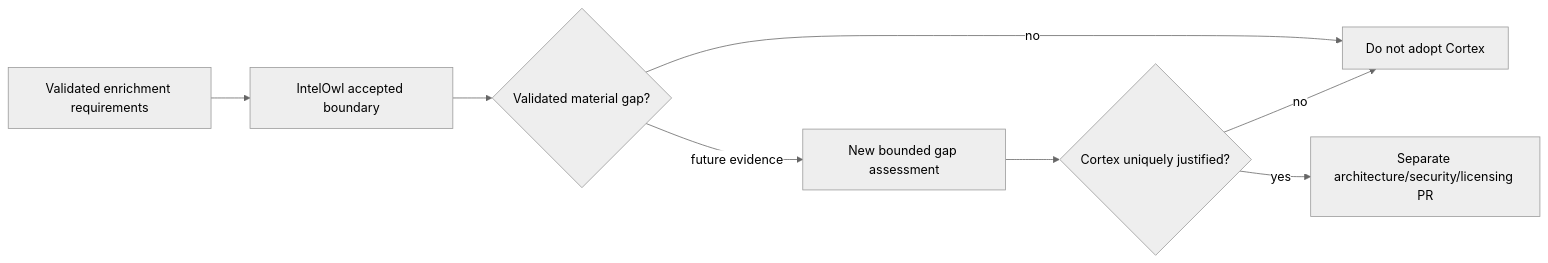
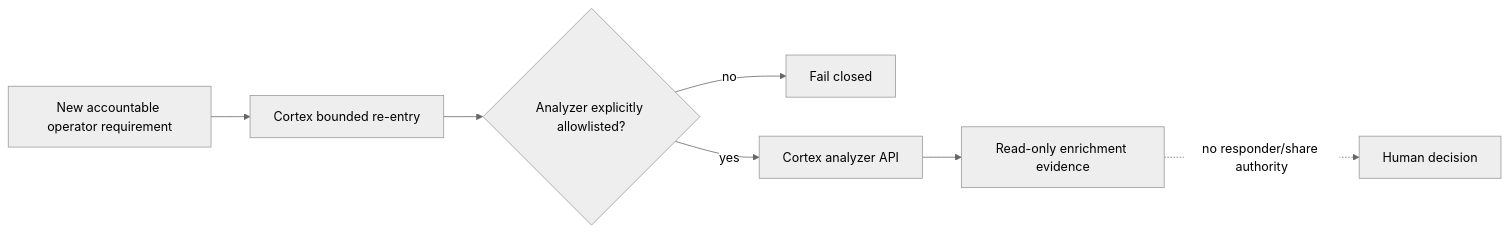
Before and after one commit to GJvManen/dtmo: the second of 2 diagrams in docs/roadmap/PLATFORM_INDUSTRIALISATION_ROADMAP.md, drawn with Mermaid (neutral theme). The commit also changed other lines of this file, not shown here.

Commit message:
Phase 11.7A: insert bounded Cortex connector re-entry before runtime industrialisation

````diff
--- a/docs/roadmap/PLATFORM_INDUSTRIALISATION_ROADMAP.md
+++ b/docs/roadmap/PLATFORM_INDUSTRIALISATION_ROADMAP.md
@@ -82,10 +95,9 @@
 ```mermaid
 flowchart LR
-    R[Validated enrichment requirements] --> I[IntelOwl accepted boundary]
-    I --> G{Validated material gap?}
-    G -->|no| N[Do not adopt Cortex]
-    G -->|future evidence| A[New bounded gap assessment]
-    A --> C{Cortex uniquely justified?}
-    C -->|yes| P[Separate architecture/security/licensing PR]
-    C -->|no| N
+    O[New accountable operator requirement] --> G[Cortex bounded re-entry]
+    G --> A{Analyzer explicitly allowlisted?}
+    A -->|no| X[Fail closed]
+    A -->|yes| C[Cortex analyzer API]
+    C --> E[Read-only enrichment evidence]
+    E -. no responder/share authority .-> H[Human decision]
 ```
````
